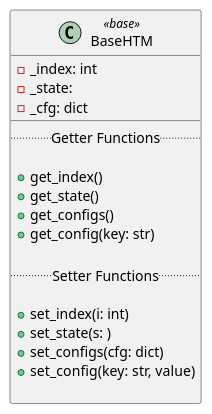
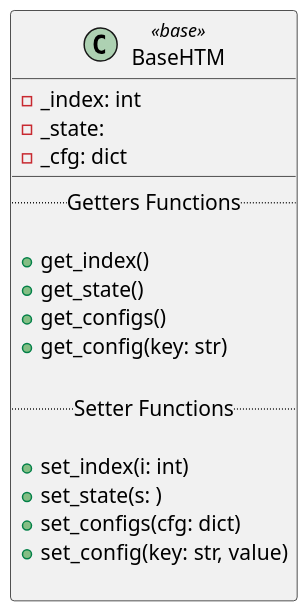
One commit to mrkrynmdsco/htm-python changed the diagram in _assets/class_basehtm.puml. Above: the diagram before and after it, drawn with PlantUML.

Commit message:
Scaled up BaseHTM class asset

```diff
--- a/_assets/class_basehtm.puml
+++ b/_assets/class_basehtm.puml
@@ -2,22 +2,23 @@
 @startuml BaseHTM
+scale 1.5
 class BaseHTM << base >>{
     -_index: int
     -_state: 
     -_cfg: dict
     __
-    .. Getter Functions ..
+    .. Getters Functions ..
     
     +get_index()
     +get_state()
     +get_configs()
     +get_config(key: str)
 
     .. Setter Functions ..
     
     +set_index(i: int)
     +set_state(s: )
     +set_configs(cfg: dict)
     +set_config(key: str, value)
 
 }
 @enduml
```
